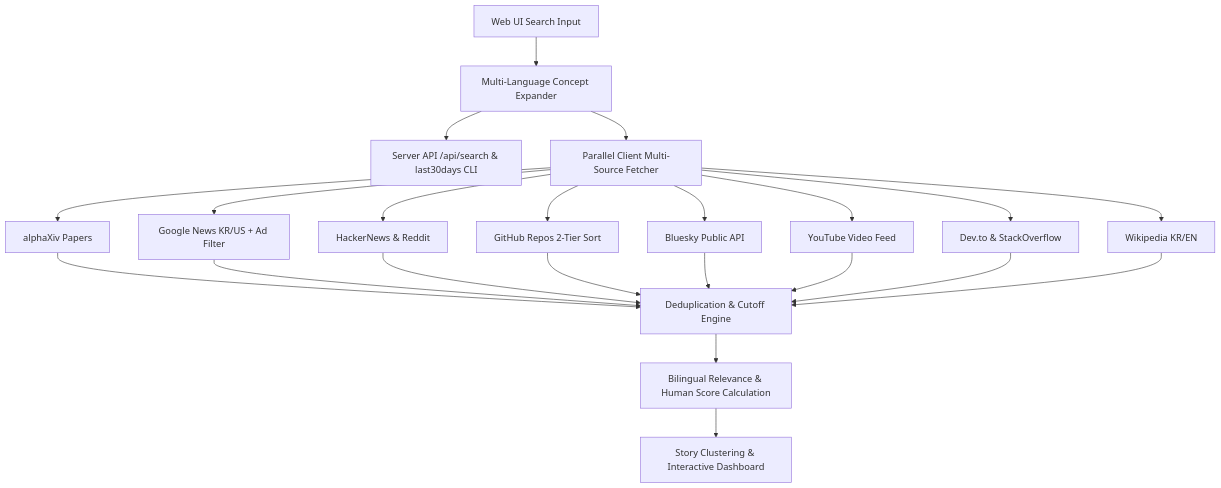
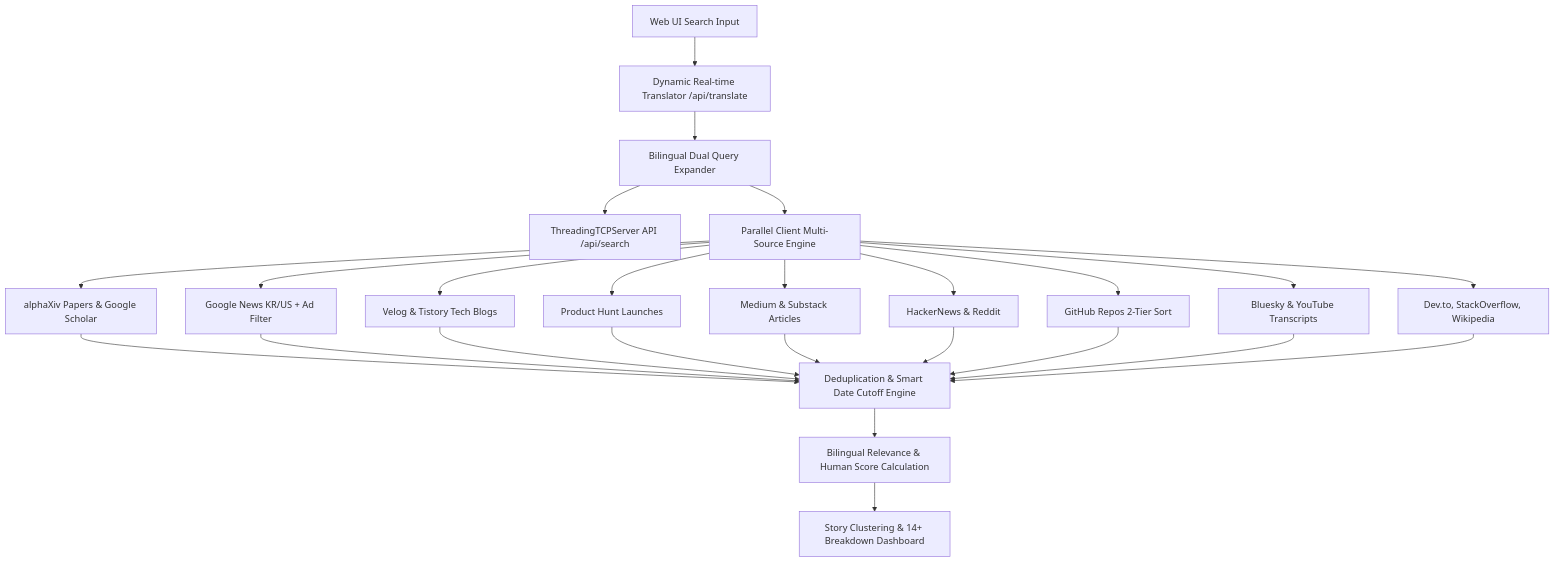
The diagram in README.md (dreaming-eddie/Last30days-skill-webtest), drawn with Mermaid before and after one commit. The commit also changed other lines of this file, not shown here.

Commit message:
Update README.md with clean execution commands, 14+ search channels including Google Scholar, and dynamic translation pipeline

````diff
--- a/README.md
+++ b/README.md
@@ -55,27 +58,30 @@
 ```mermaid
 graph TD
-    A[Web UI Search Input] --> B[Multi-Language Concept Expander]
-    B --> C[Server API /api/search & last30days CLI]
-    B --> D[Parallel Client Multi-Source Fetcher]
+    A[Web UI Search Input] --> B[Dynamic Real-time Translator /api/translate]
+    B --> C[Bilingual Dual Query Expander]
+    C --> D[ThreadingTCPServer API /api/search]
+    C --> E[Parallel Client Multi-Source Engine]
     
-    D --> E[alphaXiv Papers]
-    D --> F[Google News KR/US + Ad Filter]
-    D --> G[HackerNews & Reddit]
-    D --> H[GitHub Repos 2-Tier Sort]
-    D --> I[Bluesky Public API]
-    D --> J[YouTube Video Feed]
-    D --> K[Dev.to & StackOverflow]
-    D --> L[Wikipedia KR/EN]
+    E --> F[alphaXiv Papers & Google Scholar]
+    E --> G[Google News KR/US + Ad Filter]
+    E --> H[Velog & Tistory Tech Blogs]
+    E --> I[Product Hunt Launches]
+    E --> J[Medium & Substack Articles]
+    E --> K[HackerNews & Reddit]
+    E --> L[GitHub Repos 2-Tier Sort]
+    E --> M[Bluesky & YouTube Transcripts]
+    E --> N[Dev.to, StackOverflow, Wikipedia]
 
-    E --> M[Deduplication & Cutoff Engine]
-    F --> M
-    G --> M
-    H --> M
-    I --> M
-    J --> M
-    K --> M
-    L --> M
+    F --> O[Deduplication & Smart Date Cutoff Engine]
+    G --> O
+    H --> O
+    I --> O
+    J --> O
+    K --> O
+    L --> O
+    M --> O
+    N --> O
 
-    M --> N[Bilingual Relevance & Human Score Calculation]
-    N --> O[Story Clustering & Interactive Dashboard]
+    O --> P[Bilingual Relevance & Human Score Calculation]
+    P --> Q[Story Clustering & 14+ Breakdown Dashboard]
 ```
````
